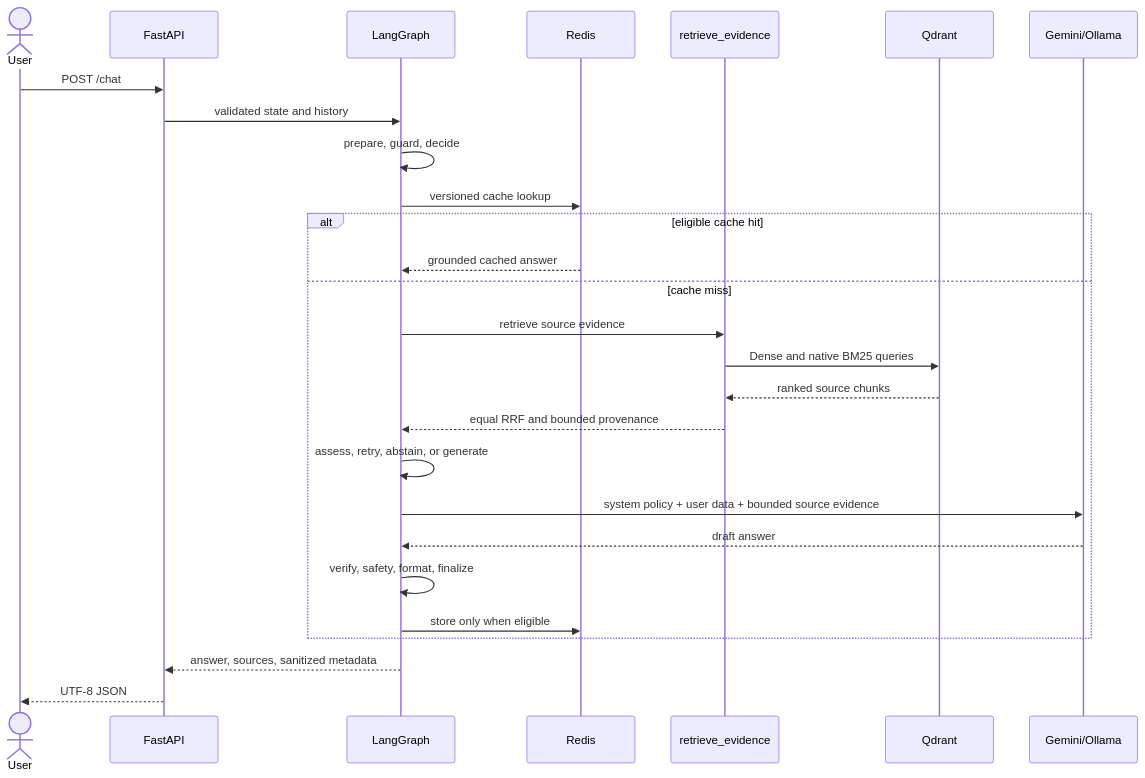
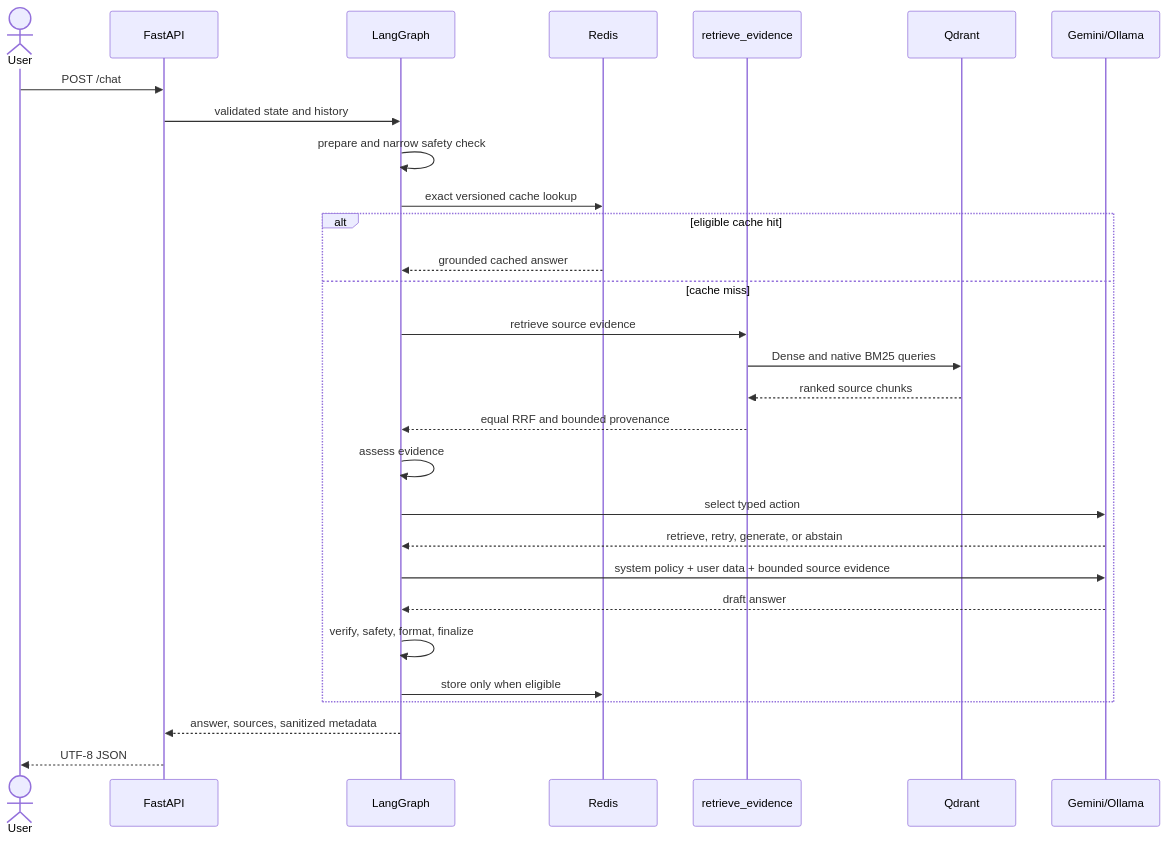
The diagram in docs/AGENT_WORKFLOW.md (MinhHoang1403/Acne_Advisor_AI), drawn with Mermaid before and after one commit. The commit also changed other lines of this file and 9 other files, not shown here.

Commit message:
S4F: close method provenance and architecture documentation

````diff
--- a/docs/AGENT_WORKFLOW.md
+++ b/docs/AGENT_WORKFLOW.md
@@ -33,30 +36,32 @@
 ```mermaid
 sequenceDiagram
     actor User
     participant API as FastAPI
     participant Agent as LangGraph
     participant Cache as Redis
     participant Tool as retrieve_evidence
     participant Qdrant
     participant LLM as Gemini/Ollama
 
     User->>API: POST /chat
     API->>Agent: validated state and history
-    Agent->>Agent: prepare, guard, decide
-    Agent->>Cache: versioned cache lookup
+    Agent->>Agent: prepare and narrow safety check
+    Agent->>Cache: exact versioned cache lookup
     alt eligible cache hit
         Cache-->>Agent: grounded cached answer
     else cache miss
         Agent->>Tool: retrieve source evidence
         Tool->>Qdrant: Dense and native BM25 queries
         Qdrant-->>Tool: ranked source chunks
         Tool-->>Agent: equal RRF and bounded provenance
-        Agent->>Agent: assess, retry, abstain, or generate
+        Agent->>Agent: assess evidence
+        Agent->>LLM: select typed action
+        LLM-->>Agent: retrieve, retry, generate, or abstain
         Agent->>LLM: system policy + user data + bounded source evidence
         LLM-->>Agent: draft answer
         Agent->>Agent: verify, safety, format, finalize
         Agent->>Cache: store only when eligible
     end
     Agent-->>API: answer, sources, sanitized metadata
     API-->>User: UTF-8 JSON
 ```
````
